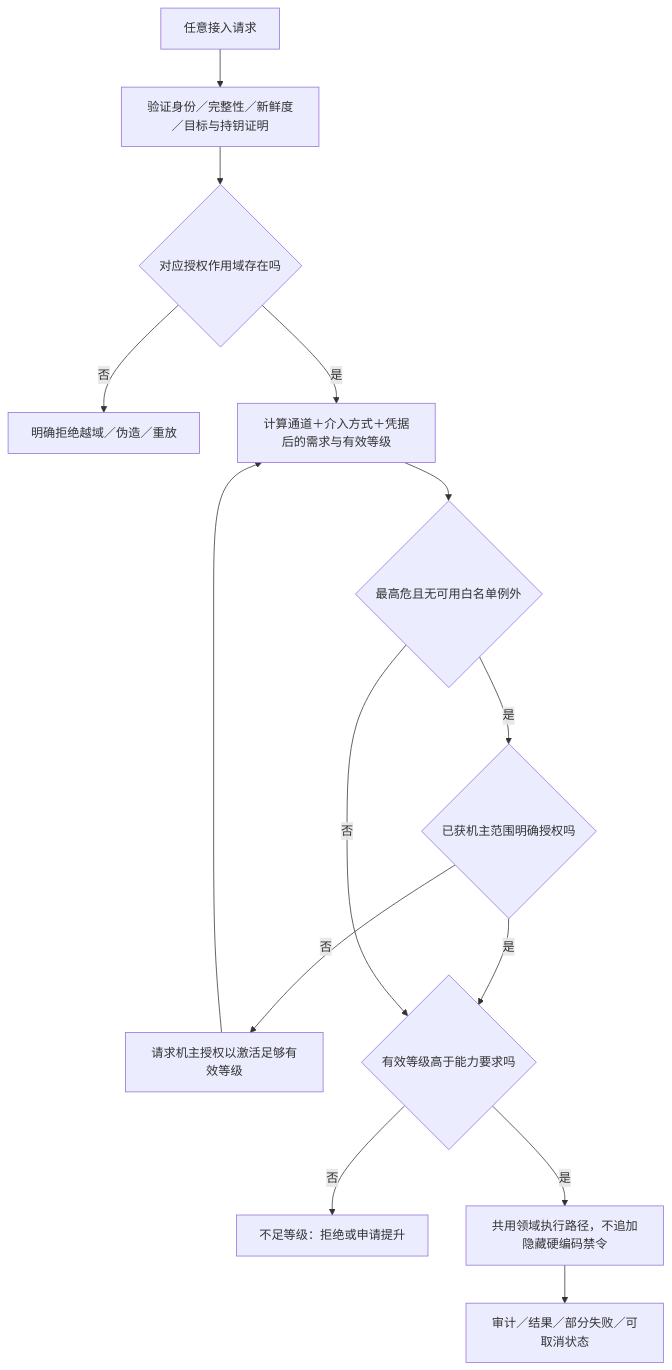
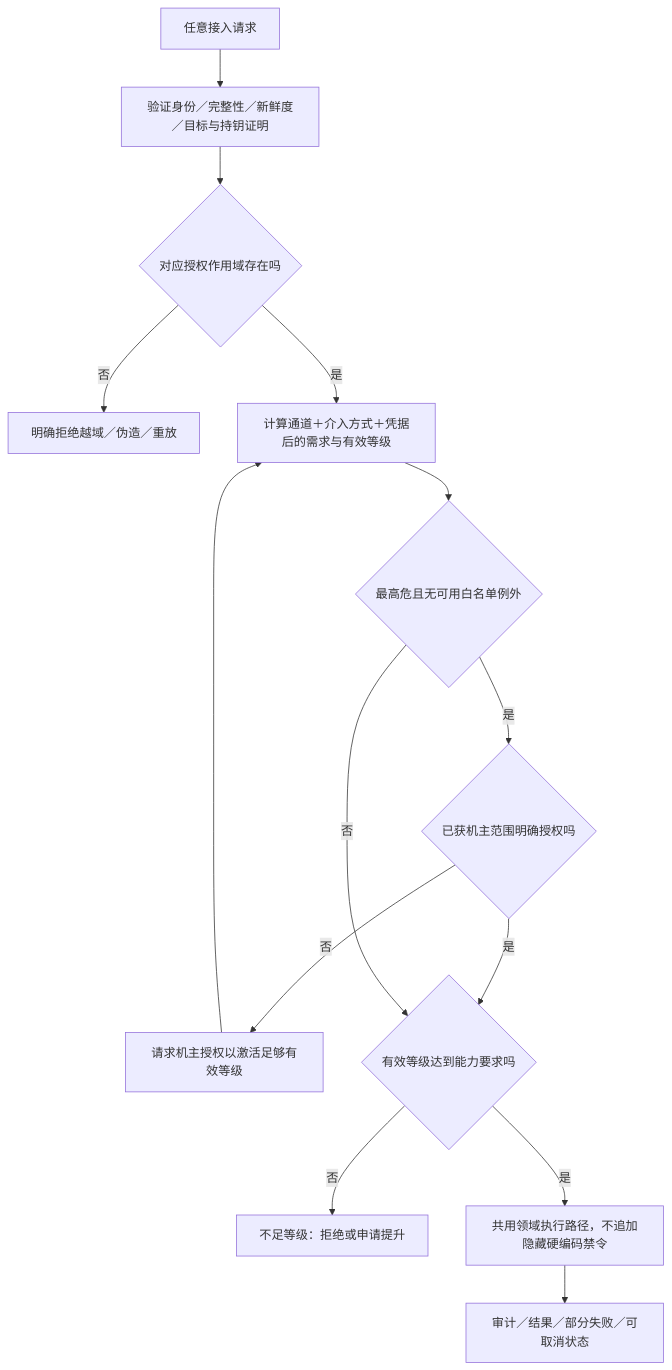
One commit to 13513208952/ReBrowser changed the second of 2 diagrams in planning/geckoview-v2/views/02-authority.md. Above: the diagram before and after it, drawn with Mermaid. The commit also changed other lines of this file and 16 other files, not shown here.

````diff
--- a/planning/geckoview-v2/views/02-authority.md
+++ b/planning/geckoview-v2/views/02-authority.md
@@ -49,16 +49,16 @@
 ```mermaid
 flowchart TD
   IN[任意接入请求] --> AUTH[验证身份／完整性／新鲜度／目标与持钥证明]
   AUTH --> SCOPE{对应授权作用域存在吗}
   SCOPE -->|否| REFUSE[明确拒绝越域／伪造／重放]
   SCOPE -->|是| CALC[计算通道＋介入方式＋凭据后的需求与有效等级]
   CALC --> RISK{最高危且无可用白名单例外}
   RISK -->|是| GRANT{已获机主范围明确授权吗}
   GRANT -->|否| WAIT[请求机主授权以激活足够有效等级]
   WAIT --> CALC
   GRANT -->|是| LEVEL
-  RISK -->|否| LEVEL{有效等级高于能力要求吗}
+  RISK -->|否| LEVEL{有效等级达到能力要求吗}
   LEVEL -->|否| LOW[不足等级：拒绝或申请提升]
   LEVEL -->|是| EXEC[共用领域执行路径，不追加隐藏硬编码禁令]
   EXEC --> AUDIT[审计／结果／部分失败／可取消状态]
 ```
````
